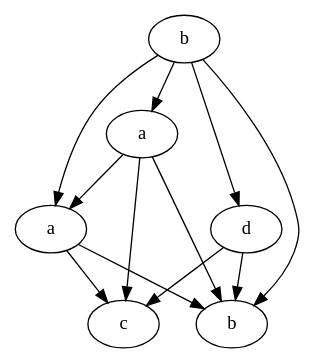
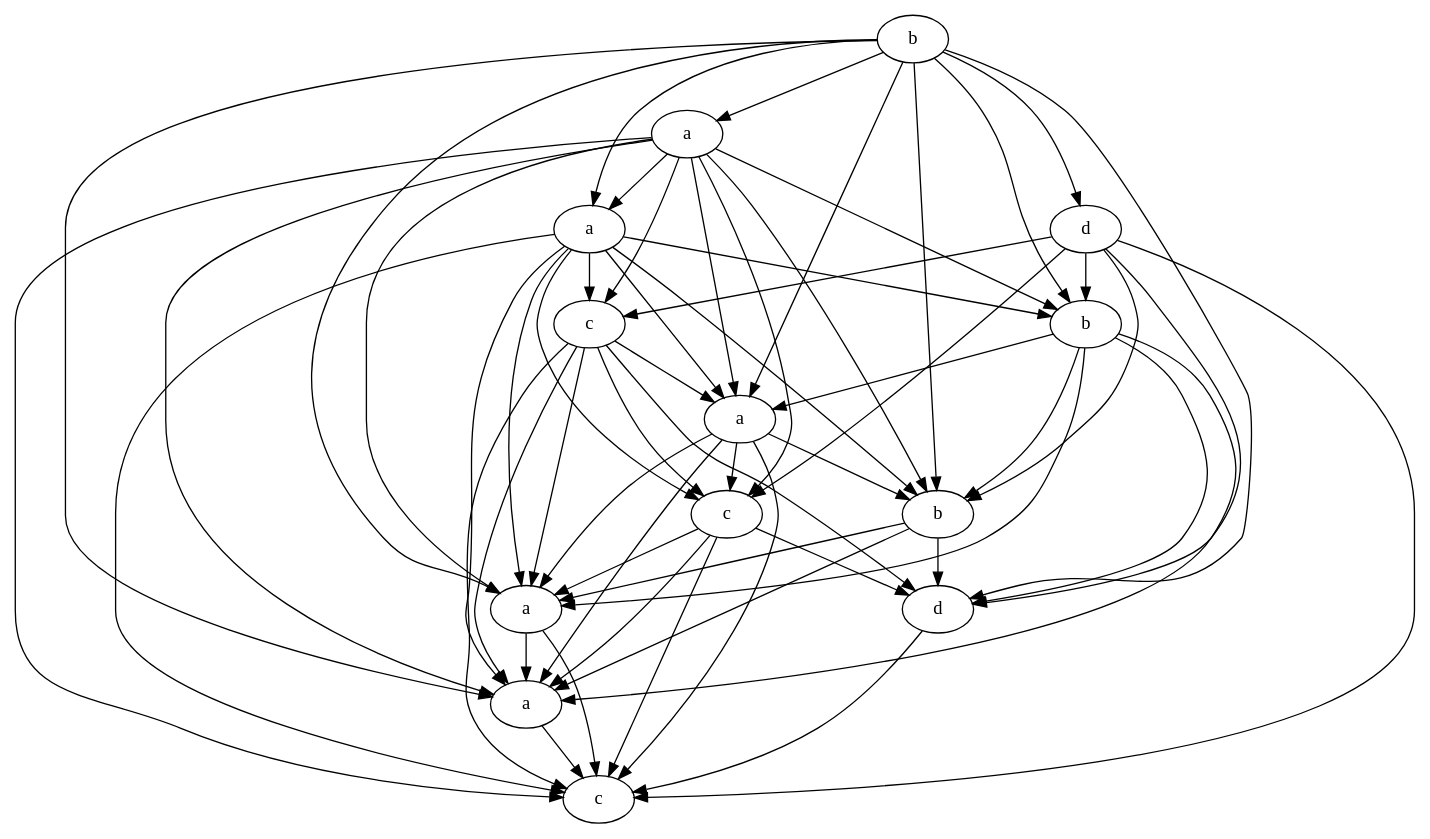
One commit to Mielecki/Traces changed the diagram in output/graph_diekert.gv. Above: the diagram before and after it, drawn with Graphviz. The commit also changed 9 other files, not shown here.

Commit message:
Fix hasseDiagram creating bug

```diff
--- a/output/graph_diekert.gv
+++ b/output/graph_diekert.gv
@@ -1,19 +1,74 @@
 digraph graphname {
+c1 [label="c"]
+a3 [label="a"]
+c2 [label="c"]
+b0 [label="b"]
+a1 [label="a"]
+c0 [label="c"]
+a2 [label="a"]
+b2 [label="b"]
 a0 [label="a"]
-a1 [label="a"]
 d0 [label="d"]
-c0 [label="c"]
 b1 [label="b"]
-b0 [label="b"]
+a4 [label="a"]
+d1 [label="d"]
+a0 -> a1;
+a0 -> c0;
+a0 -> b1;
+a0 -> a2;
+a0 -> b2;
+a0 -> c1;
+a0 -> a3;
+a0 -> a4;
+a0 -> c2;
+d0 -> c0;
+d0 -> b1;
+d0 -> b2;
+d0 -> c1;
+d0 -> d1;
+d0 -> c2;
+b1 -> a2;
+b1 -> b2;
+b1 -> a3;
+b1 -> a4;
+b1 -> d1;
+a4 -> c2;
+d1 -> c2;
+a3 -> a4;
+a3 -> c2;
 b0 -> a0;
 b0 -> a1;
 b0 -> d0;
 b0 -> b1;
-a0 -> a1;
-a0 -> c0;
-a0 -> b1;
+b0 -> a2;
+b0 -> b2;
+b0 -> a3;
+b0 -> a4;
+b0 -> d1;
 a1 -> c0;
 a1 -> b1;
-d0 -> c0;
-d0 -> b1;
+a1 -> a2;
+a1 -> b2;
+a1 -> c1;
+a1 -> a3;
+a1 -> a4;
+a1 -> c2;
+c0 -> a2;
+c0 -> c1;
+c0 -> a3;
+c0 -> a4;
+c0 -> d1;
+c0 -> c2;
+a2 -> b2;
+a2 -> c1;
+a2 -> a3;
+a2 -> a4;
+a2 -> c2;
+b2 -> a3;
+b2 -> a4;
+b2 -> d1;
+c1 -> a3;
+c1 -> a4;
+c1 -> d1;
+c1 -> c2;
 }
```
